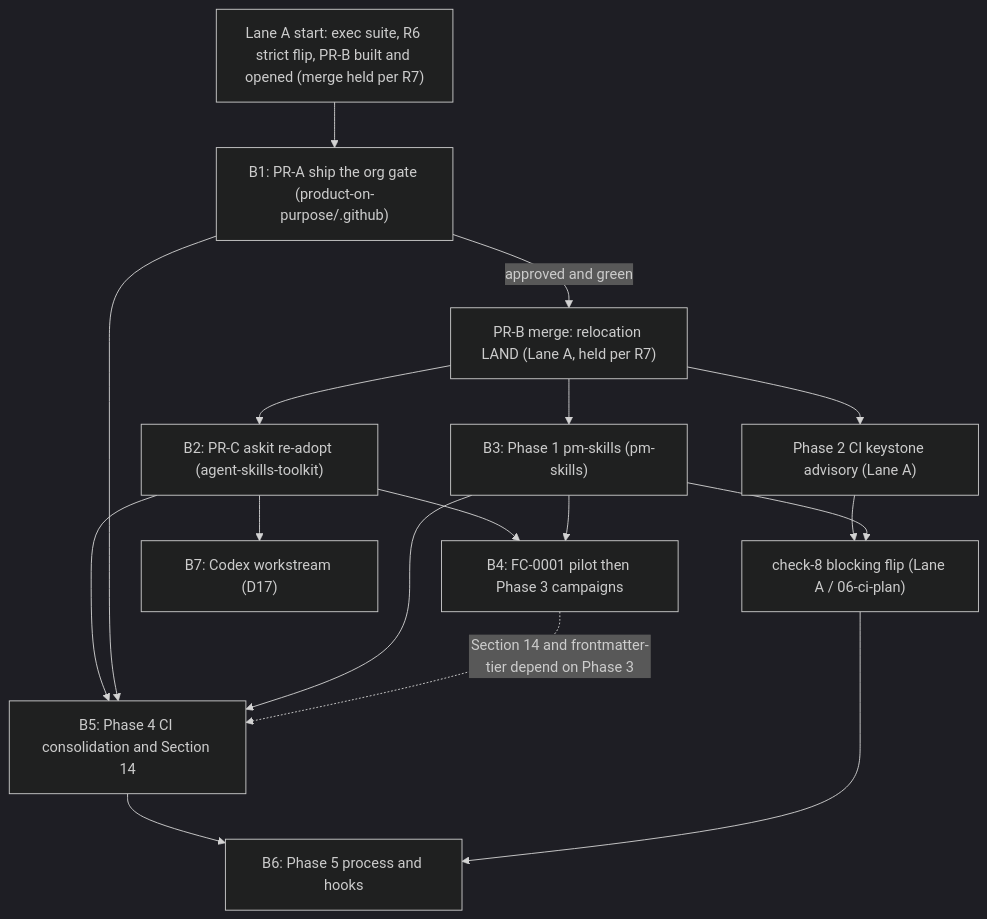
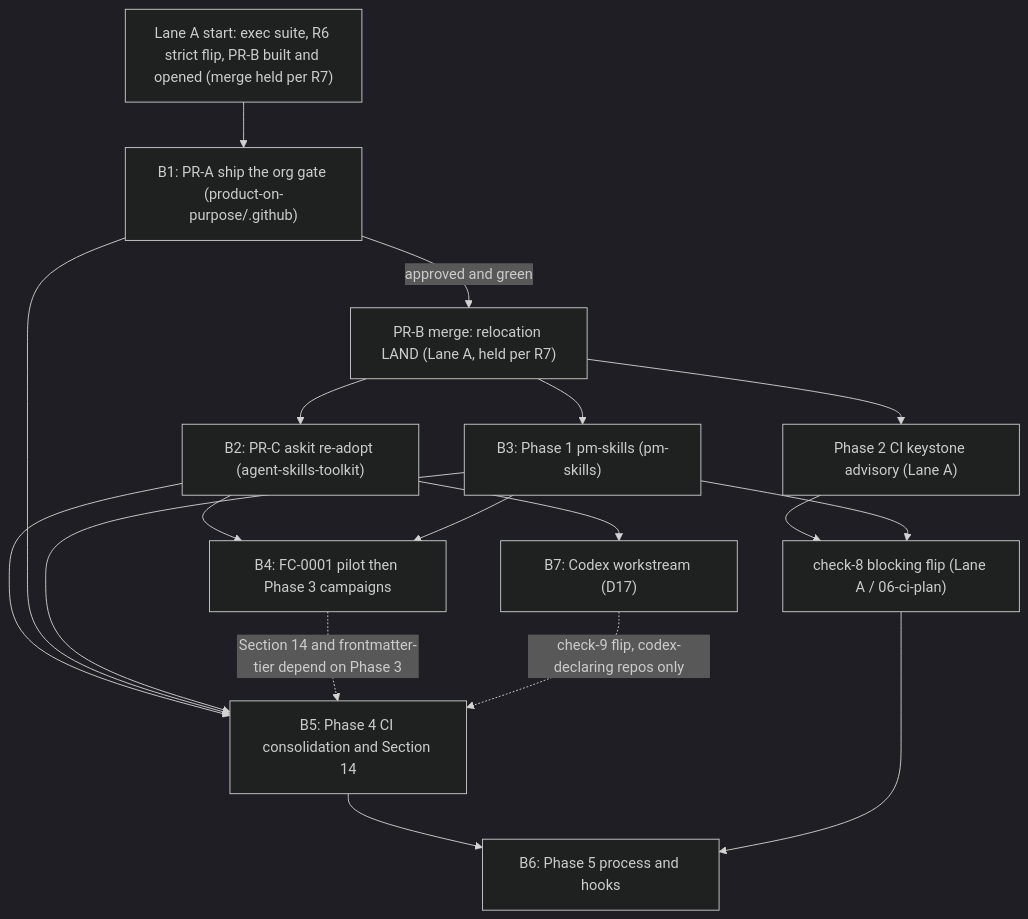
One commit to product-on-purpose/agent-plugins changed the diagram in docs/internal/execution/03-execution-plan.md. Above: the diagram before and after it, drawn with Mermaid (dark theme). The commit also changed other lines of this file and 6 other files, not shown here.

First line of the commit message:
Apply external Codex review fixes (3 HIGH accepted): B5/B7 check-9 gating split, B5 self-contained on committed specs, DR-10 reframed as formal exit-criteria amendment with Silver-burndown commitment

````diff
--- a/docs/internal/execution/03-execution-plan.md
+++ b/docs/internal/execution/03-execution-plan.md
@@ -41,31 +41,32 @@
 ```mermaid
 flowchart TD
     LA["Lane A start: exec suite, R6 strict flip, PR-B built and opened (merge held per R7)"]
     B1["B1: PR-A ship the org gate (product-on-purpose/.github)"]
     PRB["PR-B merge: relocation LAND (Lane A, held per R7)"]
     B2["B2: PR-C askit re-adopt (agent-skills-toolkit)"]
     B3["B3: Phase 1 pm-skills (pm-skills)"]
     KEY["Phase 2 CI keystone advisory (Lane A)"]
     FLIP["check-8 blocking flip (Lane A / 06-ci-plan)"]
     B4["B4: FC-0001 pilot then Phase 3 campaigns"]
     B5["B5: Phase 4 CI consolidation and Section 14"]
     B7["B7: Codex workstream (D17)"]
     B6["B6: Phase 5 process and hooks"]
 
     LA --> B1
     B1 -->|approved and green| PRB
     PRB --> B2
     PRB --> KEY
     PRB --> B3
     KEY --> FLIP
     B3 --> FLIP
     B2 --> B4
     B3 --> B4
     B2 --> B5
     B1 --> B5
     B3 --> B5
     B2 --> B7
     B4 -.Section 14 and frontmatter-tier depend on Phase 3.-> B5
+    B7 -.check-9 flip, codex-declaring repos only.-> B5
     B5 --> B6
     FLIP --> B6
 ```
````
